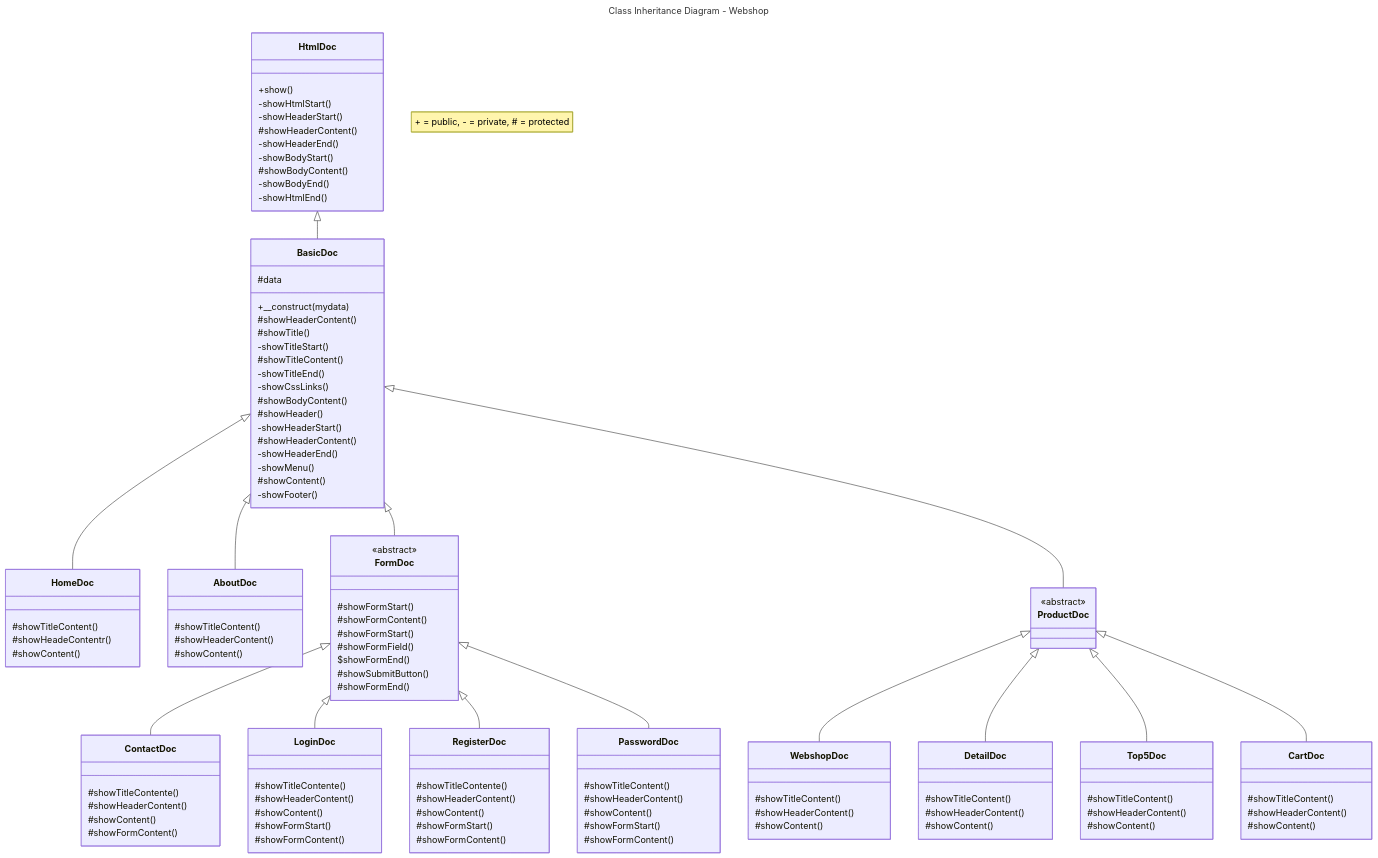
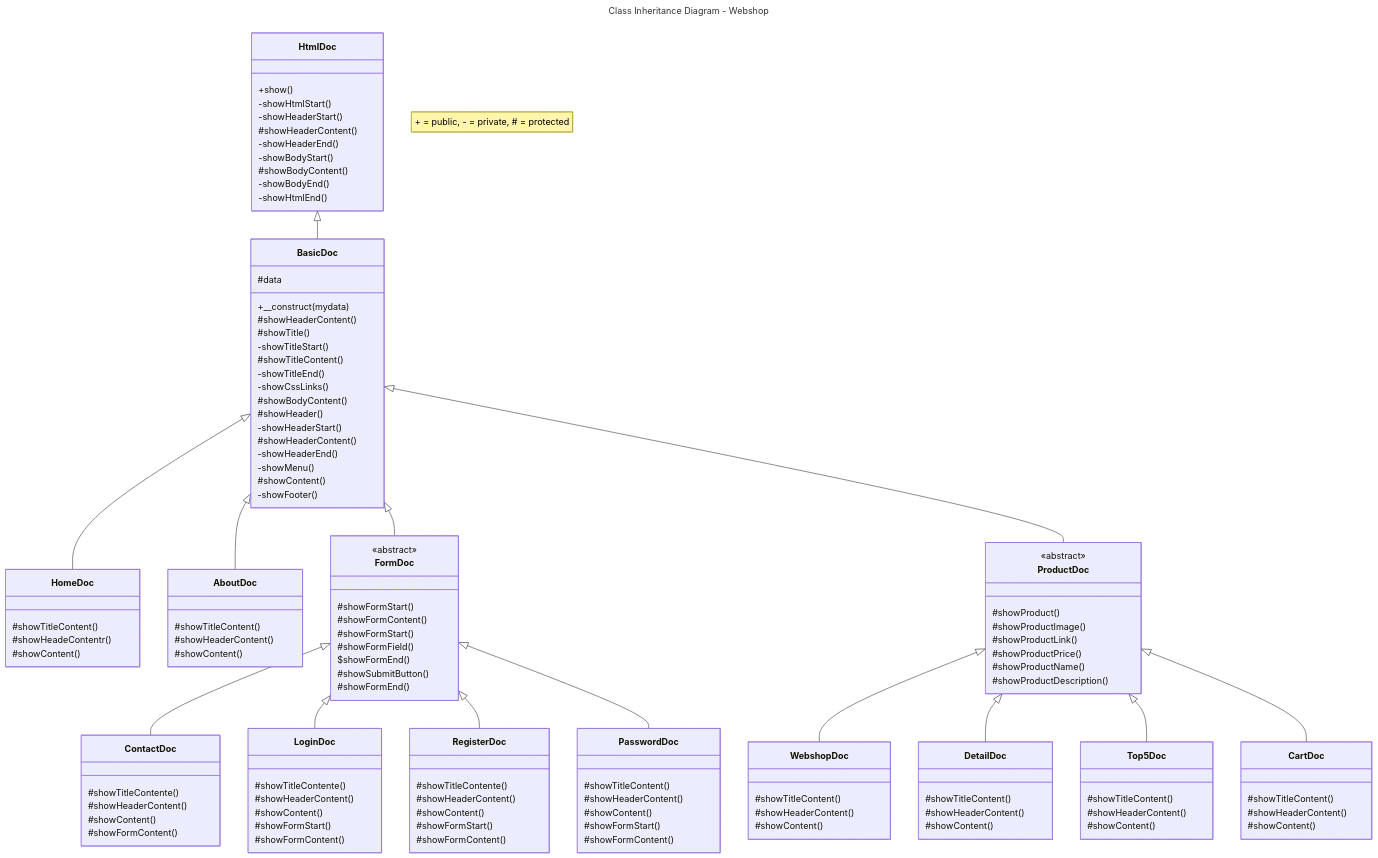
The diagram in Diagrams/class-inheritance-diagram-webshop.md (JeroenHeemskerk/educom-webshop-oop-1708595373), drawn with Mermaid before and after one commit.

```diff
--- a/Diagrams/class-inheritance-diagram-webshop.md
+++ b/Diagrams/class-inheritance-diagram-webshop.md
@@ -102,6 +102,12 @@
 
     class ProductDoc{
         <<abstract>>
+        #showProduct()
+        #showProductImage()
+        #showProductLink()
+        #showProductPrice()
+        #showProductName()
+        #showProductDescription()
     }
 
     class WebshopDoc{
```
